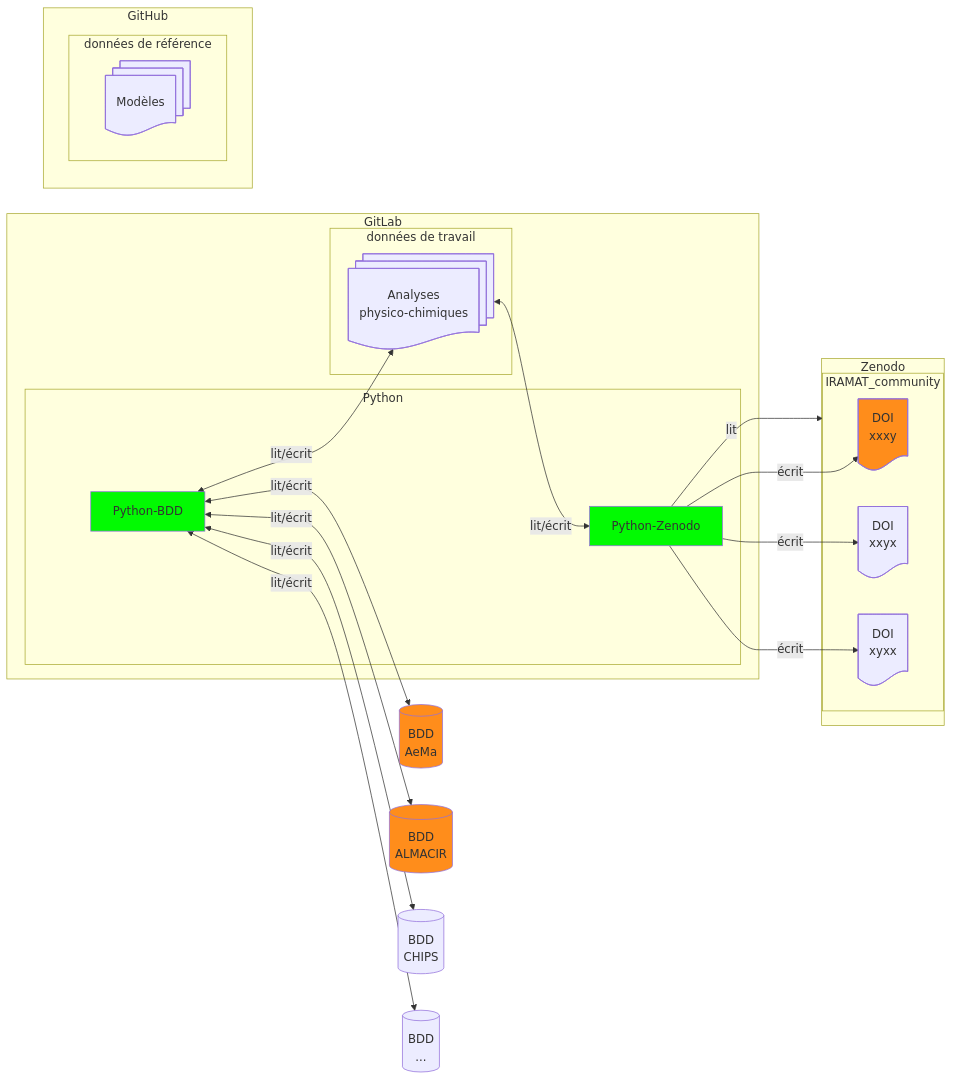
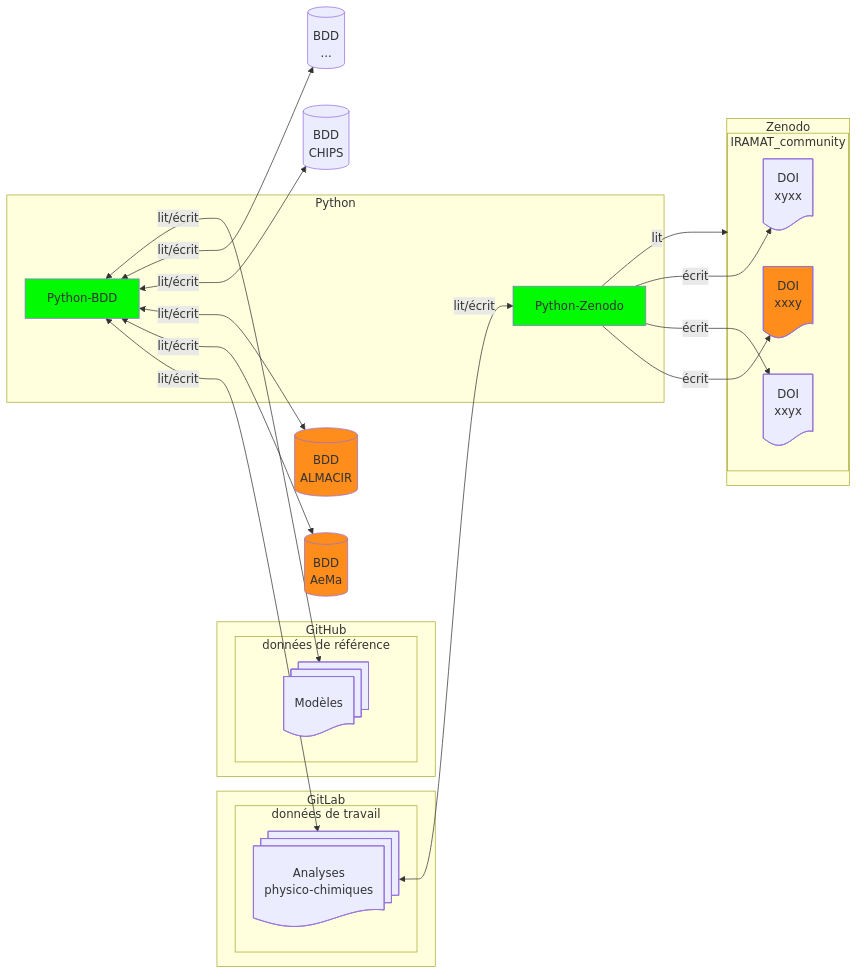
One commit to iramat/iramat-dev changed the diagram in dbs/README.md. Above: the diagram before and after it, drawn with Mermaid.

````diff
--- a/dbs/README.md
+++ b/dbs/README.md
@@ -3,39 +3,40 @@
 ```mermaid
 flowchart LR
     subgraph GitLab
         subgraph données de travail
             A@{ shape: docs, label: "Analyses<br>physico-chimiques" }
-        end
-        subgraph Python
-            Z@{ procs: docs, label: "Python-BDD" }
-            ZZ@{ procs: docs, label: "Python-Zenodo" }
         end
     end
     subgraph GitHub
         subgraph données de référence
             W@{ shape: docs, label: "Modèles" }
         end
     end
+    subgraph Python
+        Z@{ procs: docs, label: "Python-BDD" }
+        ZZ@{ procs: docs, label: "Python-Zenodo" }
+    end
     Z <-- lit/écrit --> A;
     Z <-- lit/écrit --> B[(BDD<br>AeMa)];
     Z <-- lit/écrit --> H[(BDD<br>ALMACIR)];
     Z <-- lit/écrit --> C[(BDD<br>CHIPS)];
     Z <-- lit/écrit --> D[(BDD<br>...)];
+    Z <-- lit/écrit --> W;
     A <-- lit/écrit --> ZZ;
     subgraph Zenodo
         subgraph IRAMAT_community
             ZZ -- écrit --> E@{ shape: doc, label: "DOI<br>xxxy" }
             ZZ -- écrit --> F@{ shape: doc, label: "DOI<br>xxyx" }
             ZZ -- écrit --> G@{ shape: doc, label: "DOI<br>xyxx" }
         end
     end
     ZZ -- lit --> IRAMAT_community
 
 
 click A "https://github.com/zoometh/iramat-test/blob/main/dbs/analysis_results.tsv" _blank
 style Z fill:#02fa02
 style ZZ fill:#02fa02
 style B fill:#FF8D1B
 style H fill:#FF8D1B
 style E fill:#FF8D1B
 ```
````
